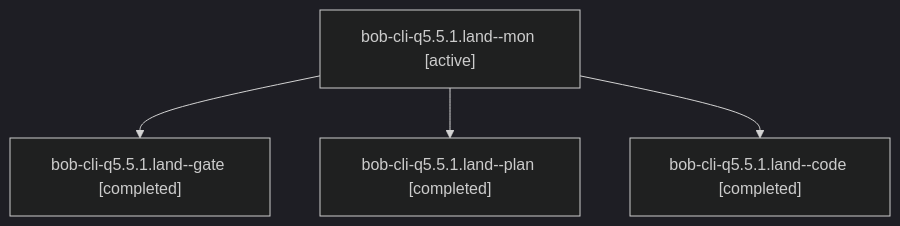
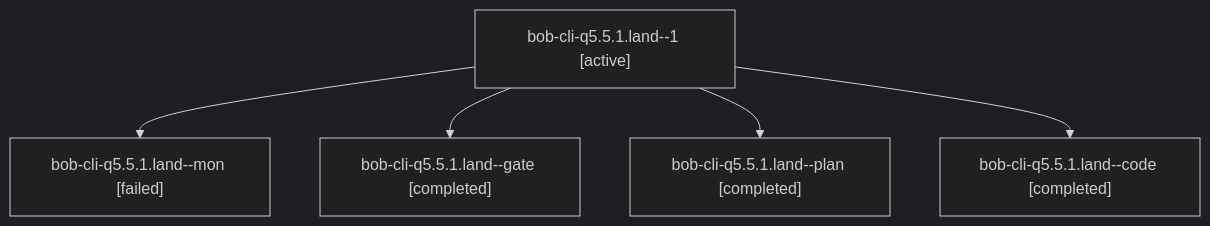
The diagram in sessions/bbugyi200.athena.bob-cli-q5.5.1.land.md (bobs-org/bob-cli--agents), drawn with Mermaid (dark theme) before and after one commit. The commit also changed other lines of this file and 233 other files, not shown here.

````diff
--- a/sessions/bbugyi200.athena.bob-cli-q5.5.1.land.md
+++ b/sessions/bbugyi200.athena.bob-cli-q5.5.1.land.md
@@ -9,10 +9,12 @@
 ```mermaid
 flowchart TD
-  n0["bob-cli-q5.5.1.land--mon [active]"]
-  n1["bob-cli-q5.5.1.land--gate [completed]"]
+  n0["bob-cli-q5.5.1.land--1 [active]"]
+  n1["bob-cli-q5.5.1.land--mon [failed]"]
   n0 --> n1
-  n2["bob-cli-q5.5.1.land--plan [completed]"]
+  n2["bob-cli-q5.5.1.land--gate [completed]"]
   n0 --> n2
-  n3["bob-cli-q5.5.1.land--code [completed]"]
+  n3["bob-cli-q5.5.1.land--plan [completed]"]
   n0 --> n3
+  n4["bob-cli-q5.5.1.land--code [completed]"]
+  n0 --> n4
 ```
````
